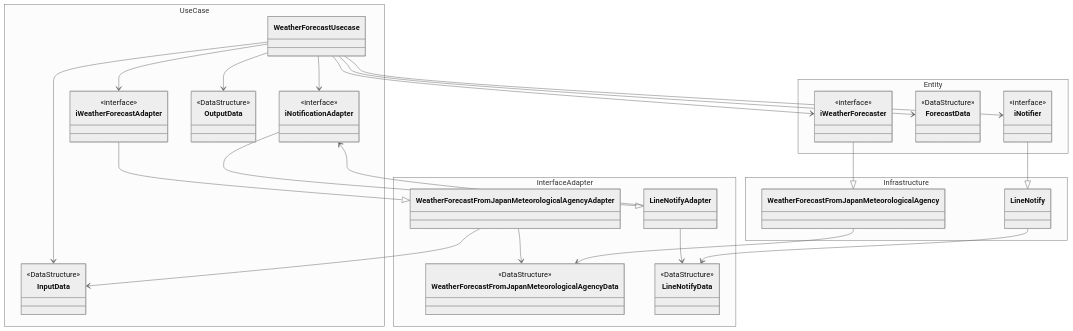
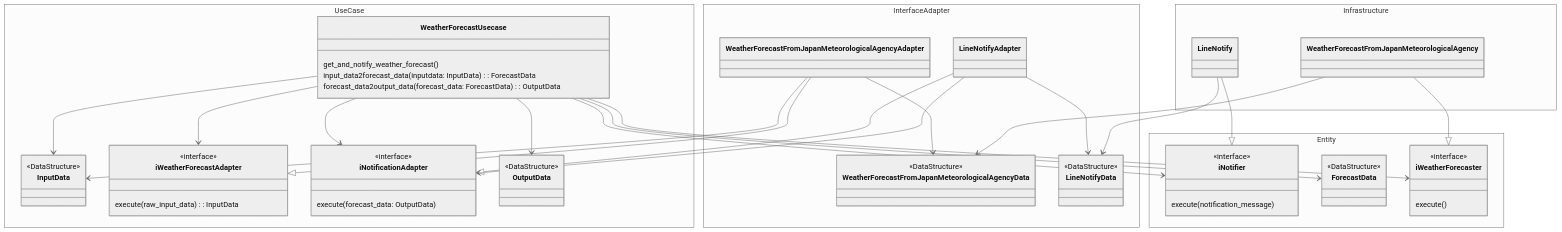
One commit to nishikawa6/weather_forecast_notifier changed the diagram in README.md. Above: the diagram before and after it, drawn with Mermaid (neutral theme).

Commit message:
クリーンアーキテクチャの設計図にinterfaceとusecaseのメソッドを追記

````diff
--- a/README.md
+++ b/README.md
@@ -18,10 +18,14 @@
 ```mermaid
-classDiagram
+classDiagram 
 
 namespace Entity {
-  class iNotifier
-  class ForecastData
-  class iWeatherForecaster
+  class iNotifier {
+    execute(notification_message)
+  }
+  class ForecastData 
+  class iWeatherForecaster {
+    execute()
+  }
 }
 
 <<interface>> iNotifier
@@ -30,9 +34,17 @@
 
 namespace UseCase {
   class InputData
-  class iWeatherForecastAdapter
-  class WeatherForecastUsecase
-  class iNotificationAdapter
+  class iWeatherForecastAdapter {
+    execute(raw_input_data) : InputData
+  }
+  class WeatherForecastUsecase {
+    get_and_notify_weather_forecast()
+    input_data2forecast_data(inputdata: InputData): ForecastData
+    forecast_data2output_data(forecast_data: ForecastData): OutputData
+  }
+  class iNotificationAdapter {
+    execute(forecast_data: OutputData)
+  }
   class OutputData
 }
 
@@ -59,12 +71,12 @@
 
 
 %% Entity の継承関係
-iNotifier --|> LineNotify
-iWeatherForecaster --|> WeatherForecastFromJapanMeteorologicalAgency
+LineNotify --|> iNotifier 
+WeatherForecastFromJapanMeteorologicalAgency --|> iWeatherForecaster 
 
 %% Interface Adapter の継承関係
-iWeatherForecastAdapter --|> WeatherForecastFromJapanMeteorologicalAgencyAdapter
-iNotificationAdapter --|> LineNotifyAdapter
+WeatherForecastFromJapanMeteorologicalAgencyAdapter --|> iWeatherForecastAdapter 
+LineNotifyAdapter --|> iNotificationAdapter 
 
 
 
````
